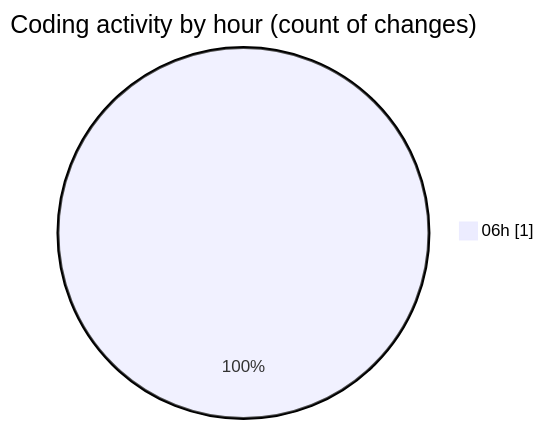
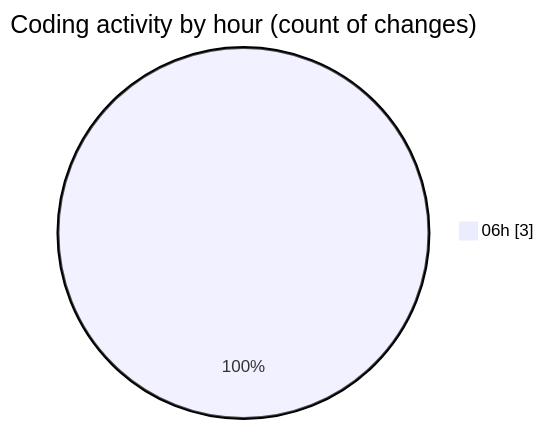
The second of 2 diagrams in 2025-04-17/zeytoon/README.md (vahidmafi/code-tracking), drawn with Mermaid before and after one commit. The commit also changed other lines of this file and 1 other file, not shown here.

````diff
--- a/2025-04-17/zeytoon/README.md
+++ b/2025-04-17/zeytoon/README.md
@@ -28,5 +29,5 @@
 ```mermaid
 pie showData
 title Coding activity by hour (count of changes)
-"06h" : 1
+"06h" : 3
 ```
````
